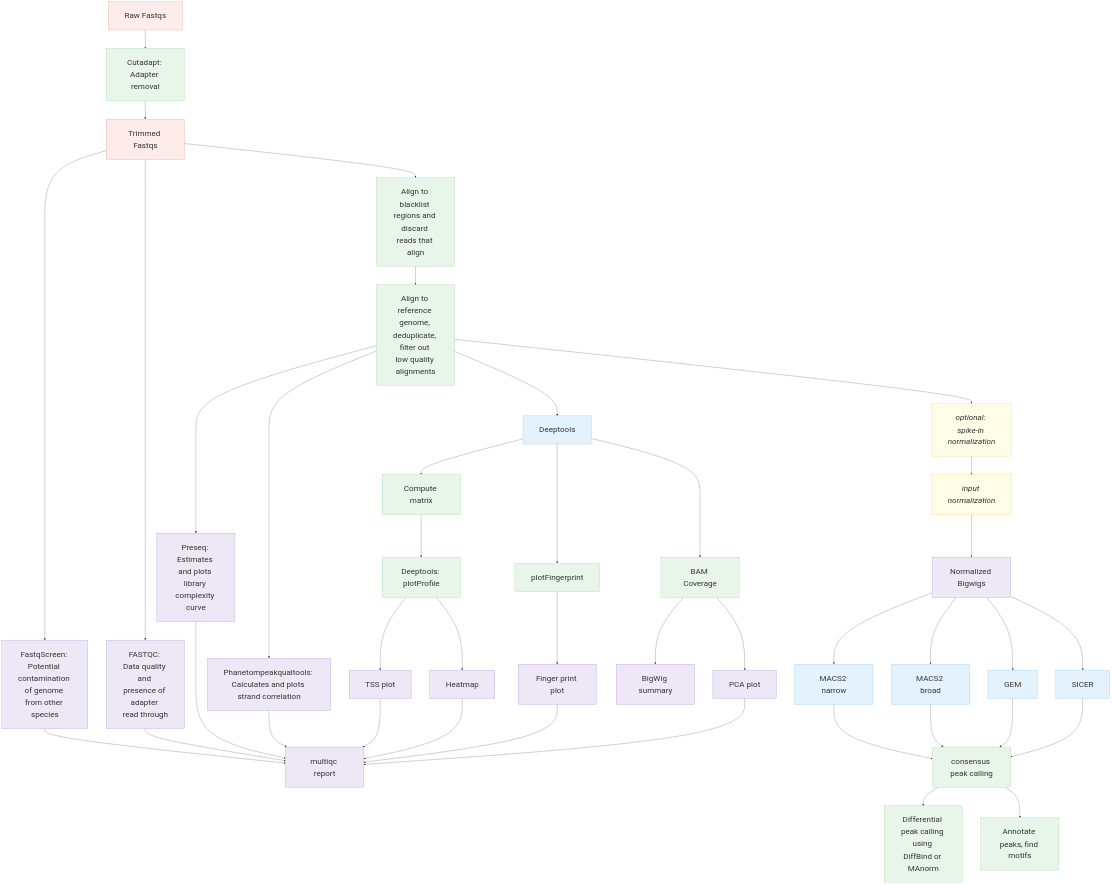
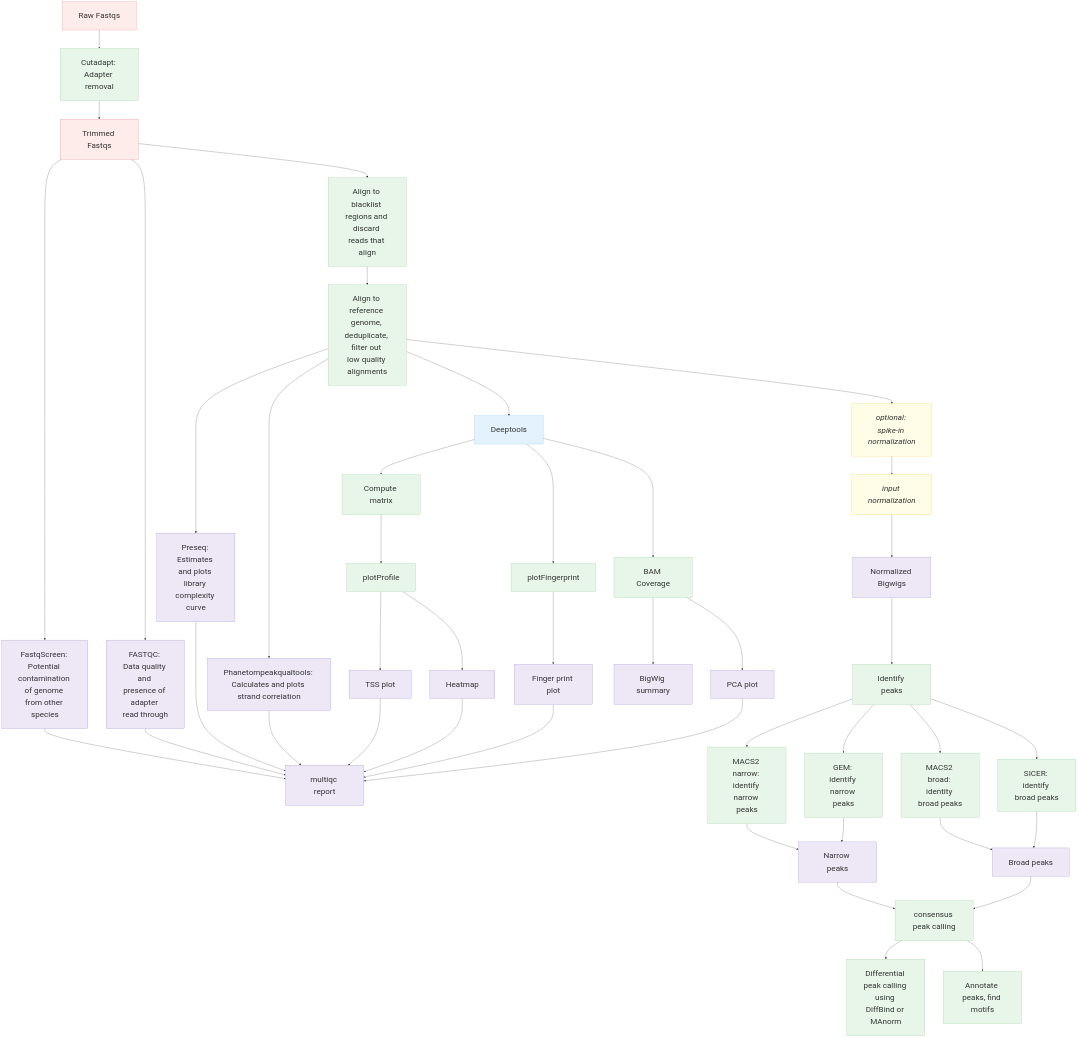
The first of 2 diagrams in docs/diagram/index.md (CCBR/CHAMPAGNE), drawn with Mermaid before and after one commit.

Commit message:
Modified the peak call portion of the diagram and addressed all suggestions.

```diff
--- a/docs/diagram/index.md
+++ b/docs/diagram/index.md
@@ -20,7 +20,7 @@
   Trimming --> Trimmed["Trimmed Fastqs"]:::input
    
   %% Quality Control
-   MultiQC["multiqc report"]:::output
+  MultiQC["multiqc report"]:::output
   Trimmed --> Contaminants["FastqScreen: Potential contamination of genome from other species"]:::output
   Contaminants --> MultiQC
   Trimmed --> QC_results["FASTQC: Data quality and presence of adapter read through"]:::output
@@ -46,7 +46,7 @@
   %% Deeptools steps
   Align --> Deeptools["Deeptools"]:::tool
   Deeptools --> Matrix["Compute matrix"]:::process
-  Matrix --> Profile["Deeptools: plotProfile"]:::process
+  Matrix --> Profile["plotProfile"]:::process
   Profile --> TSSplot["TSS plot"]:::output
   Profile --> Heatmap["Heatmap"]:::output
   TSSplot --> MultiQC
@@ -59,14 +59,23 @@
   PCA --> MultiQC
 
   %% Peak calling
-  NormBigwigs --> MACS2narrow["MACS2 narrow"]:::tool
-  NormBigwigs --> MACS2broad["MACS2 broad"]:::tool
-  NormBigwigs --> SICER["SICER"]:::tool
-  NormBigwigs --> GEM["GEM"]:::tool
-  MACS2narrow --> Consensus["consensus peak calling"]:::process
-  MACS2broad --> Consensus
-  GEM --> Consensus
-  SICER --> Consensus
+  NormBigwigs --> Peakcalling["Identify peaks"]:::process
+  Peakcalling --> MACS2narrow["MACS2 narrow: identify narrow peaks"]:::process
+  Peakcalling --> GEM["GEM: identify narrow peaks"]:::process
+  Peakcalling --> MACS2broad["MACS2 broad: identity broad peaks"]:::process
+  Peakcalling --> SICER["SICER: identify broad peaks"]:::process
+  %%NormBigwigs --> MACS2narrow["MACS2 narrow"]:::tool
+  %%NormBigwigs --> MACS2broad["MACS2 broad"]:::tool
+  %%NormBigwigs --> SICER["SICER"]:::tool
+  %%NormBigwigs --> GEM["GEM"]:::tool
+  MACS2narrow --> Narrow["Narrow peaks"]:::output
+  GEM --> Narrow["Narrow peaks"]:::output
+  MACS2broad --> Broad["Broad peaks"]:::output
+  SICER --> Broad["Broad peaks"]:::output
+  Narrow --> Consensus["consensus peak calling"]:::process
+  Broad --> Consensus
+  %%GEM --> Consensus
+  %%SICER --> Consensus
   Consensus --> Diffbind["Differential peak calling using DiffBind or MAnorm"]:::process
   Consensus --> Annotate["Annotate peaks, find motifs"]:::process
 
```
